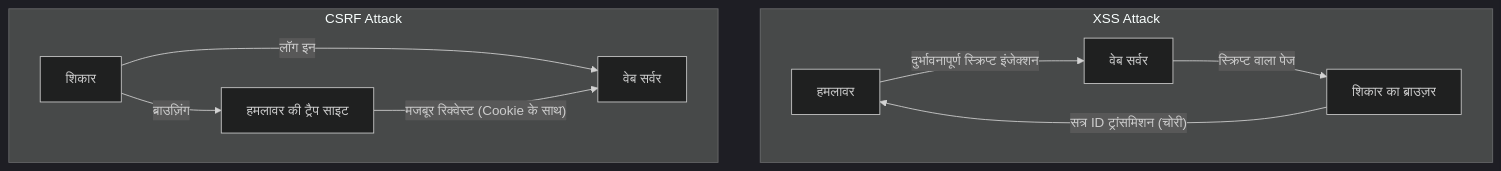
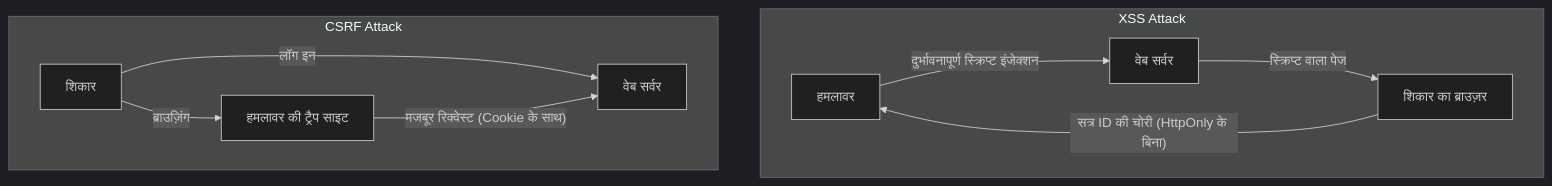
One commit to kenjinote/blog changed the diagram in content/post/cross-site-scripting-xss-csrf-security/index.hi.md. Above: the diagram before and after it, drawn with Mermaid (dark theme). The commit also changed other lines of this file and 21 other files, not shown here.

````diff
--- a/content/post/cross-site-scripting-xss-csrf-security/index.hi.md
+++ b/content/post/cross-site-scripting-xss-csrf-security/index.hi.md
@@ -134,14 +137,14 @@
 ```mermaid
 graph TD
     subgraph XSS Attack
         A["हमलावर"] -- "दुर्भावनापूर्ण स्क्रिप्ट इंजेक्शन" --> B["वेब सर्वर"]
         B -- "स्क्रिप्ट वाला पेज" --> C["शिकार का ब्राउज़र"]
-        C -- "सत्र ID ट्रांसमिशन (चोरी)" --> A
+        C -- "सत्र ID की चोरी (HttpOnly के बिना)" --> A
     end
 
     subgraph CSRF Attack
         D["शिकार"] -- "लॉग इन" --> E["वेब सर्वर"]
         D -- "ब्राउज़िंग" --> F["हमलावर की ट्रैप साइट"]
         F -- "मजबूर रिक्वेस्ट (Cookie के साथ)" --> E
     end
 ```
````
